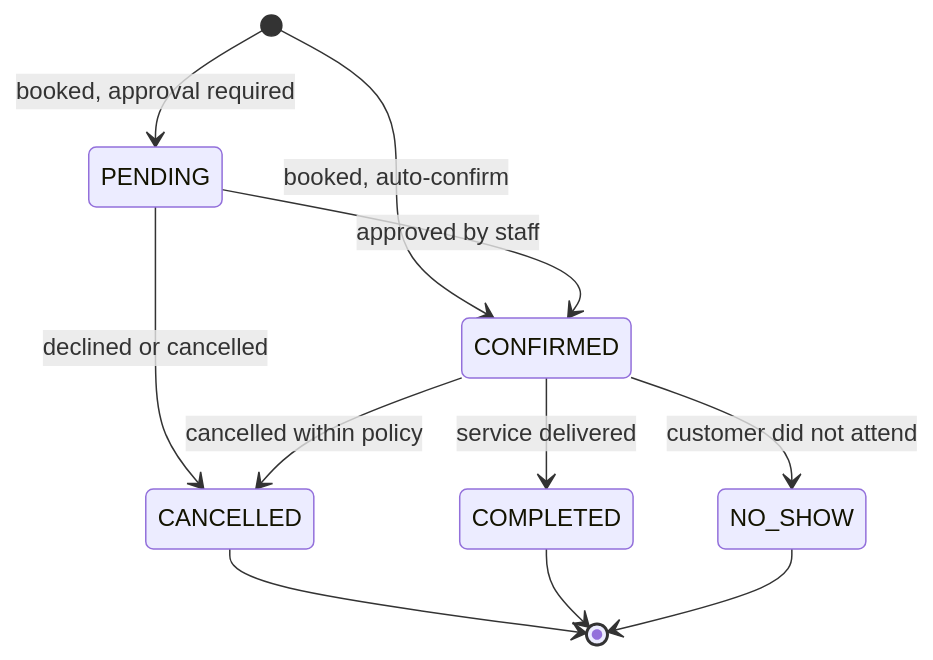
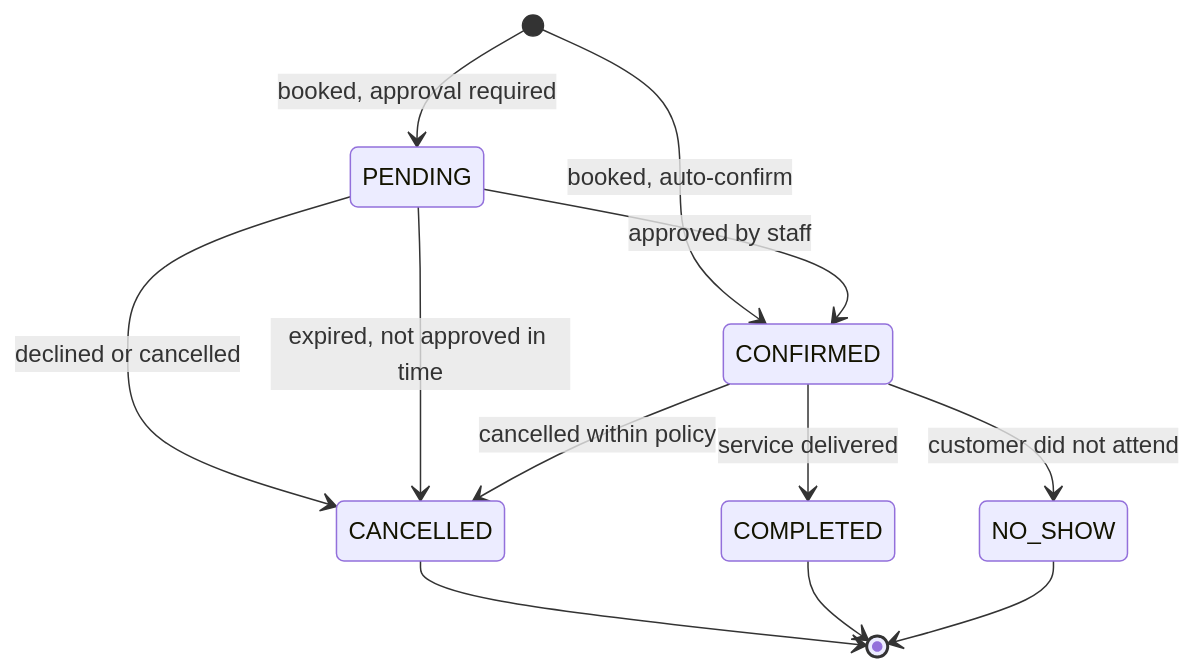
The second of 2 diagrams in docs/02-analysis/system-analysis.md (Reason-Dahal/parlour-booking-system), drawn with Mermaid before and after one commit. The commit also changed other lines of this file and 3 other files, not shown here.

````diff
--- a/docs/02-analysis/system-analysis.md
+++ b/docs/02-analysis/system-analysis.md
@@ -564,16 +590,17 @@
 ```mermaid
 stateDiagram-v2
     [*] --> PENDING : booked, approval required
     [*] --> CONFIRMED : booked, auto-confirm
 
     PENDING --> CONFIRMED : approved by staff
     PENDING --> CANCELLED : declined or cancelled
+    PENDING --> CANCELLED : expired, not approved in time
 
     CONFIRMED --> CANCELLED : cancelled within policy
     CONFIRMED --> COMPLETED : service delivered
     CONFIRMED --> NO_SHOW : customer did not attend
 
     CANCELLED --> [*]
     COMPLETED --> [*]
     NO_SHOW --> [*]
 ```
````
